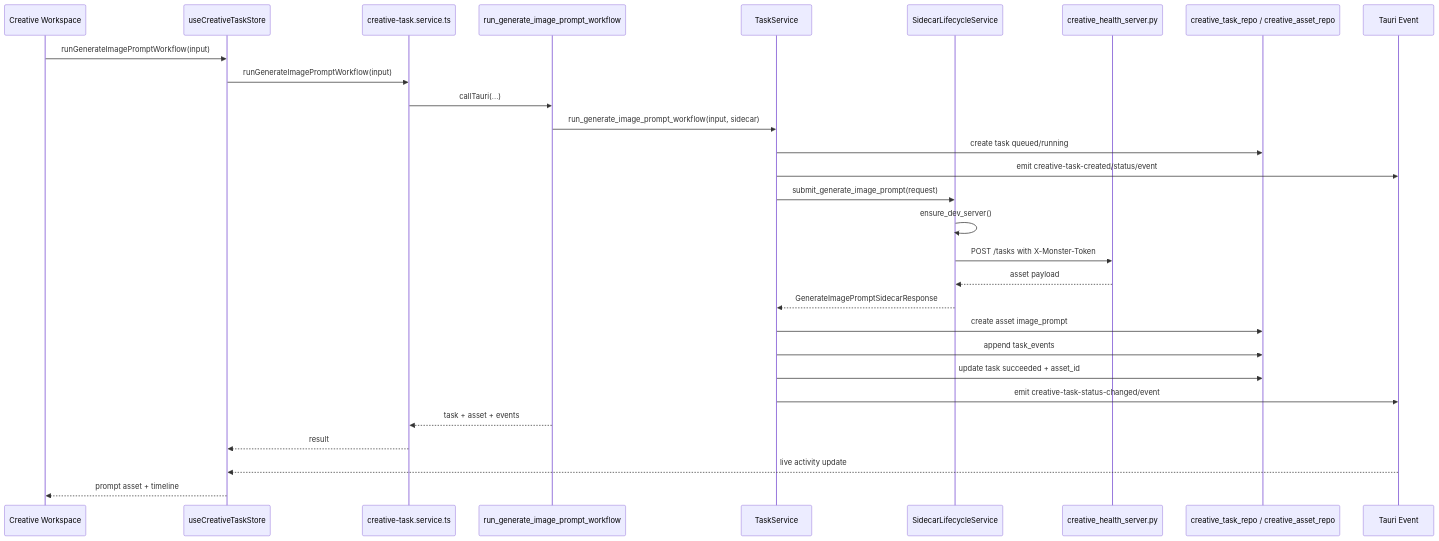
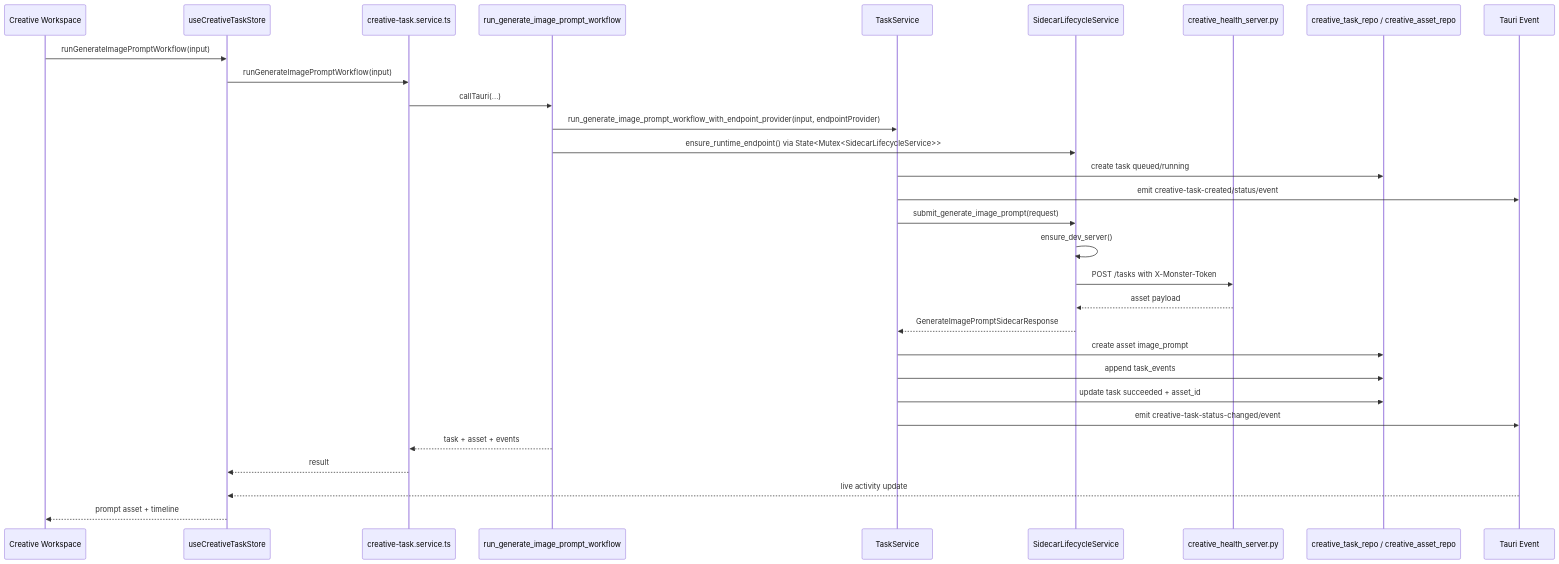
The seventh of 13 diagrams in docs/architecture-current-state.md (MonsterXiong/monster-workbench), drawn with Mermaid before and after one commit. The commit also changed other lines of this file and 1 other file, not shown here.

````diff
--- a/docs/architecture-current-state.md
+++ b/docs/architecture-current-state.md
@@ -797,32 +797,33 @@
 ```mermaid
 sequenceDiagram
   participant UI as Creative Workspace
   participant Store as useCreativeTaskStore
   participant Service as creative-task.service.ts
   participant Command as run_generate_image_prompt_workflow
   participant TaskSvc as TaskService
   participant Sidecar as SidecarLifecycleService
   participant Py as creative_health_server.py
   participant Repo as creative_task_repo / creative_asset_repo
   participant Event as Tauri Event
 
   UI->>Store: runGenerateImagePromptWorkflow(input)
   Store->>Service: runGenerateImagePromptWorkflow(input)
   Service->>Command: callTauri(...)
-  Command->>TaskSvc: run_generate_image_prompt_workflow(input, sidecar)
+  Command->>TaskSvc: run_generate_image_prompt_workflow_with_endpoint_provider(input, endpointProvider)
+  Command->>Sidecar: ensure_runtime_endpoint() via State<Mutex<SidecarLifecycleService>>
   TaskSvc->>Repo: create task queued/running
   TaskSvc->>Event: emit creative-task-created/status/event
   TaskSvc->>Sidecar: submit_generate_image_prompt(request)
   Sidecar->>Sidecar: ensure_dev_server()
   Sidecar->>Py: POST /tasks with X-Monster-Token
   Py-->>Sidecar: asset payload
   Sidecar-->>TaskSvc: GenerateImagePromptSidecarResponse
   TaskSvc->>Repo: create asset image_prompt
   TaskSvc->>Repo: append task_events
   TaskSvc->>Repo: update task succeeded + asset_id
   TaskSvc->>Event: emit creative-task-status-changed/event
   Command-->>Service: task + asset + events
   Service-->>Store: result
   Event-->>Store: live activity update
   Store-->>UI: prompt asset + timeline
 ```
````
